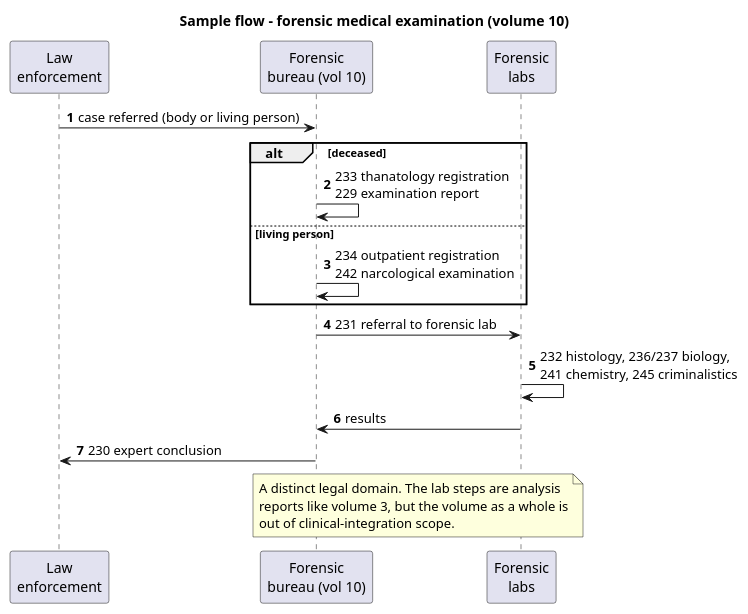
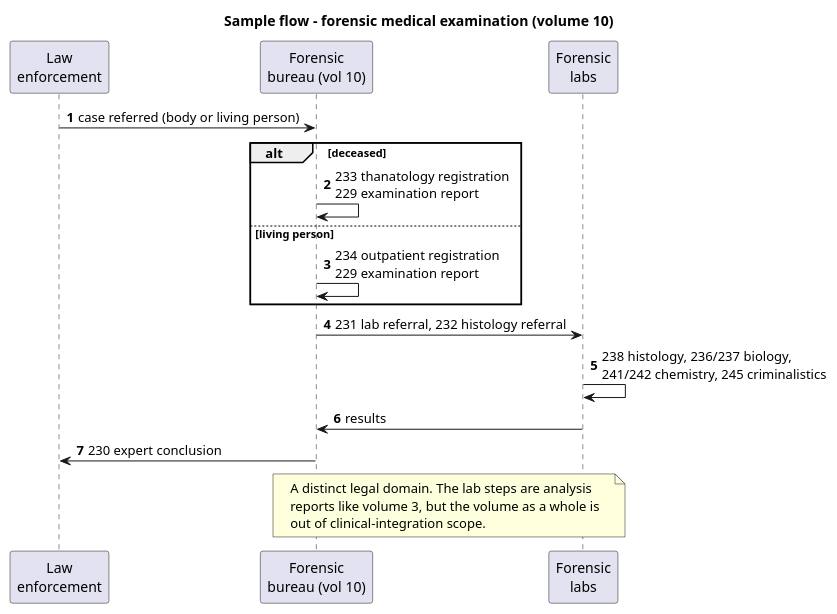
One commit to uzinfocom-org/digital-health-integration changed the diagram in input/images-source/forms-vol10-flow.plantuml. Above: the diagram before and after it, drawn with PlantUML. The commit also changed 17 other files, not shown here.

First line of the commit message:
Fix diagram/table facts against Order 399 templates and YORIQNOMA

```diff
--- a/input/images-source/forms-vol10-flow.plantuml
+++ b/input/images-source/forms-vol10-flow.plantuml
@@ -1,25 +1,25 @@
 @startuml forms-vol10-flow
 title Sample flow - forensic medical examination (volume 10)
 autonumber
 
 participant "Law\nenforcement" as LE
 participant "Forensic\nbureau (vol 10)" as FB
 participant "Forensic\nlabs" as LAB
 
 LE -> FB : case referred (body or living person)
 alt deceased
   FB -> FB : 233 thanatology registration\n229 examination report
 else living person
-  FB -> FB : 234 outpatient registration\n242 narcological examination
+  FB -> FB : 234 outpatient registration\n229 examination report
 end
-FB -> LAB : 231 referral to forensic lab
-LAB -> LAB : 232 histology, 236/237 biology,\n241 chemistry, 245 criminalistics
+FB -> LAB : 231 lab referral, 232 histology referral
+LAB -> LAB : 238 histology, 236/237 biology,\n241/242 chemistry, 245 criminalistics
 LAB -> FB : results
 FB -> LE : 230 expert conclusion
 
 note over FB, LAB
   A distinct legal domain. The lab steps are analysis
   reports like volume 3, but the volume as a whole is
   out of clinical-integration scope.
 end note
 @enduml
```
